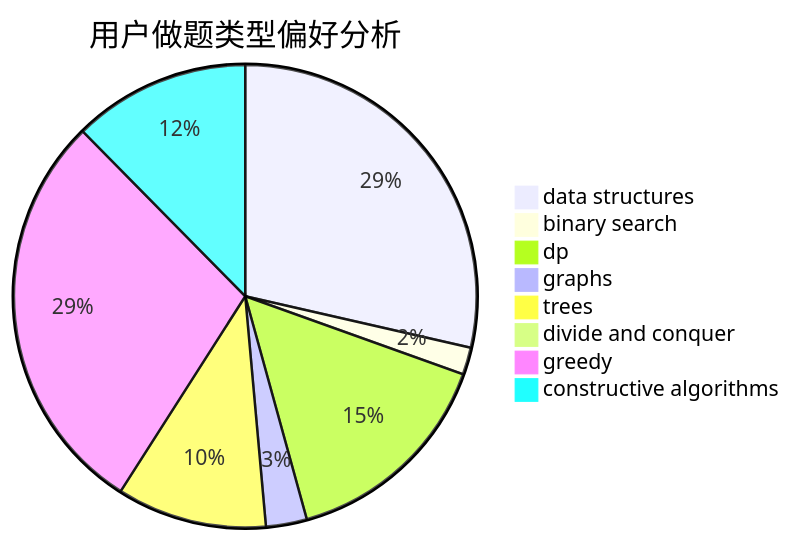
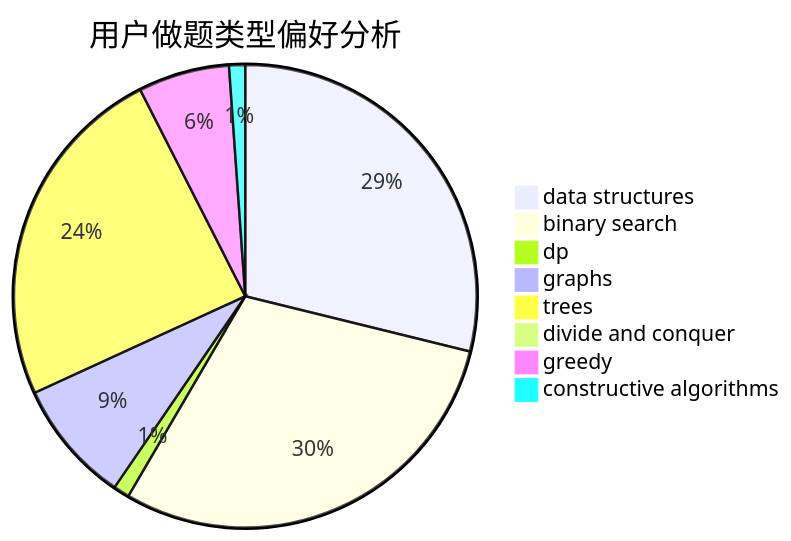
Before and after one commit to sherpahu/cfrs.github.io: the second of 3 diagrams in docs/user/u2303.md, drawn with Mermaid. The commit also changed other lines of this file and 2770 other files, not shown here.

````diff
--- a/docs/user/u2303.md
+++ b/docs/user/u2303.md
@@ -23,11 +23,11 @@
 ```mermaid
 pie title 用户做题类型偏好分析
-    "data structures" :  30
-    "binary search" :  2
-    "dp" :  16
-    "graphs" :  3
-    "trees" :  11
+    "data structures" :  77
+    "binary search" :  79
+    "dp" :  3
+    "graphs" :  23
+    "trees" :  65
     "divide and conquer" :  0
-    "greedy" :  30
-    "constructive algorithms" :  13
+    "greedy" :  17
+    "constructive algorithms" :  3
 ```
````
